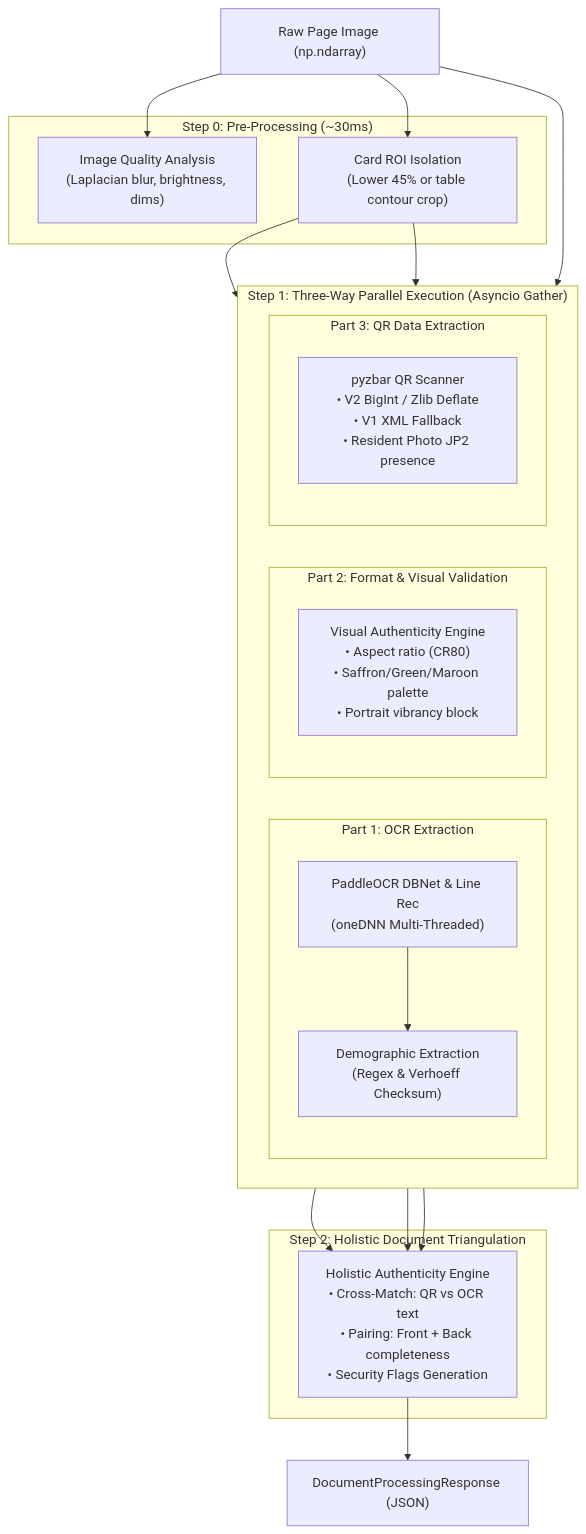
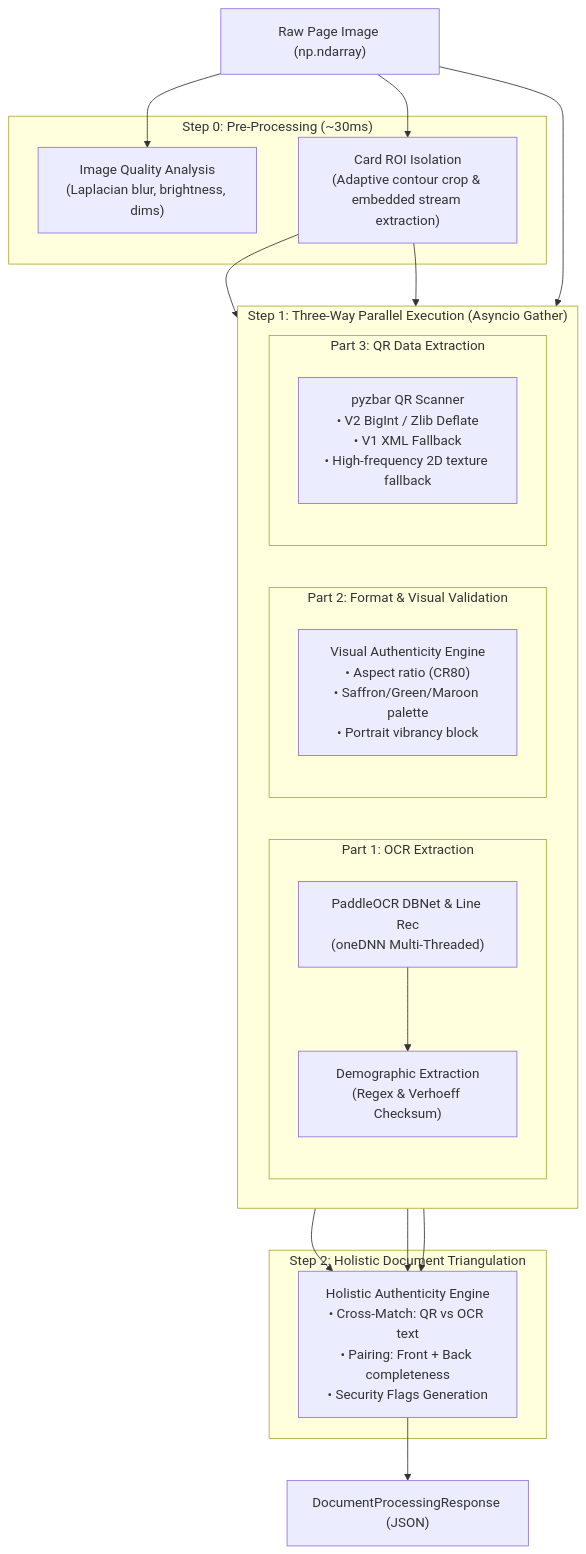
Before and after one commit to sahilmankar/AadharExtraction: the second of 2 diagrams in ARCHITECTURE.md, drawn with Mermaid. The commit also changed other lines of this file and 10 other files, not shown here.

````diff
--- a/ARCHITECTURE.md
+++ b/ARCHITECTURE.md
@@ -60,42 +60,42 @@
 ```mermaid
 flowchart TD
     RawPage["Raw Page Image (np.ndarray)"]
     
     subgraph Step0["Step 0: Pre-Processing (~30ms)"]
         Quality["Image Quality Analysis\n(Laplacian blur, brightness, dims)"]
-        ROI["Card ROI Isolation\n(Lower 45% or table contour crop)"]
+        ROI["Card ROI Isolation\n(Adaptive contour crop & embedded stream extraction)"]
     end
     
     RawPage --> Quality
     RawPage --> ROI
 
     subgraph Step1["Step 1: Three-Way Parallel Execution (Asyncio Gather)"]
         direction LR
         subgraph Branch1["Part 1: OCR Extraction"]
             OCR["PaddleOCR DBNet & Line Rec\n(oneDNN Multi-Threaded)"]
             Parse["Demographic Extraction\n(Regex & Verhoeff Checksum)"]
             OCR --> Parse
         end
 
         subgraph Branch2["Part 2: Format & Visual Validation"]
             Visual["Visual Authenticity Engine\n• Aspect ratio (CR80)\n• Saffron/Green/Maroon palette\n• Portrait vibrancy block"]
         end
 
         subgraph Branch3["Part 3: QR Data Extraction"]
-            QRDec["pyzbar QR Scanner\n• V2 BigInt / Zlib Deflate\n• V1 XML Fallback\n• Resident Photo JP2 presence"]
+            QRDec["pyzbar QR Scanner\n• V2 BigInt / Zlib Deflate\n• V1 XML Fallback\n• High-frequency 2D texture fallback"]
         end
     end
 
     ROI --> Branch1
     ROI --> Branch2
     RawPage --> Branch3
 
     subgraph Step2["Step 2: Holistic Document Triangulation"]
         Triangulate["Holistic Authenticity Engine\n• Cross-Match: QR vs OCR text\n• Pairing: Front + Back completeness\n• Security Flags Generation"]
     end
 
     Branch1 --> Triangulate
     Branch2 --> Triangulate
     Branch3 --> Triangulate
     Triangulate --> Final["DocumentProcessingResponse (JSON)"]
 ```
````
